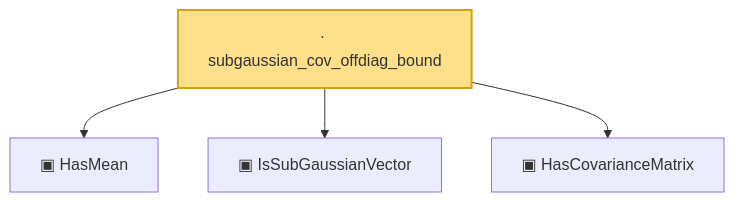
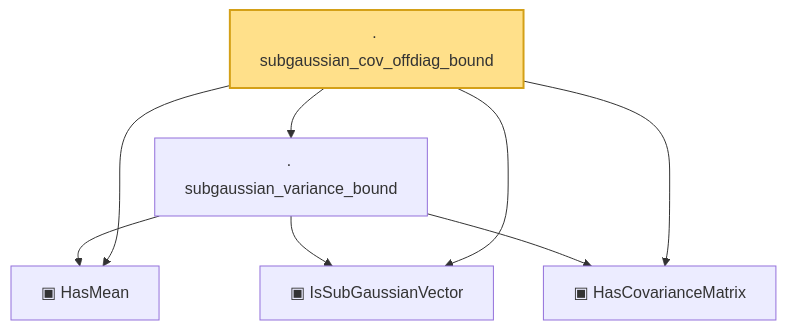
Before and after one commit to statopia/statlib-site: the diagram in public/narratives/HighDim/subgaussian_cov_offdiag_bound.md, drawn with Mermaid. The commit also changed other lines of this file and 1165 other files, not shown here.

First line of the commit message:
feat: restructure to 6 pages + regenerate knowledge graph from main

````diff
--- a/public/narratives/HighDim/subgaussian_cov_offdiag_bound.md
+++ b/public/narratives/HighDim/subgaussian_cov_offdiag_bound.md
@@ -15,13 +16,18 @@
 ```mermaid
 flowchart TD
   n0["▣ HasMean"]
   n1["▣ IsSubGaussianVector"]
   n2["▣ HasCovarianceMatrix"]
-  n3["· subgaussian_cov_offdiag_bound"]
+  n3["· subgaussian_variance_bound"]
+  n4["· subgaussian_cov_offdiag_bound"]
   n3 --> n0
   n3 --> n1
   n3 --> n2
-  class n3 headline;
+  n4 --> n0
+  n4 --> n1
+  n4 --> n2
+  n4 --> n3
+  class n4 headline;
   classDef headline fill:#ffe08a,stroke:#d4a017,stroke-width:2px;
   classDef axiomNode fill:#ffd0d0,stroke:#c0392b,stroke-dasharray:4 2;
 ```
````
